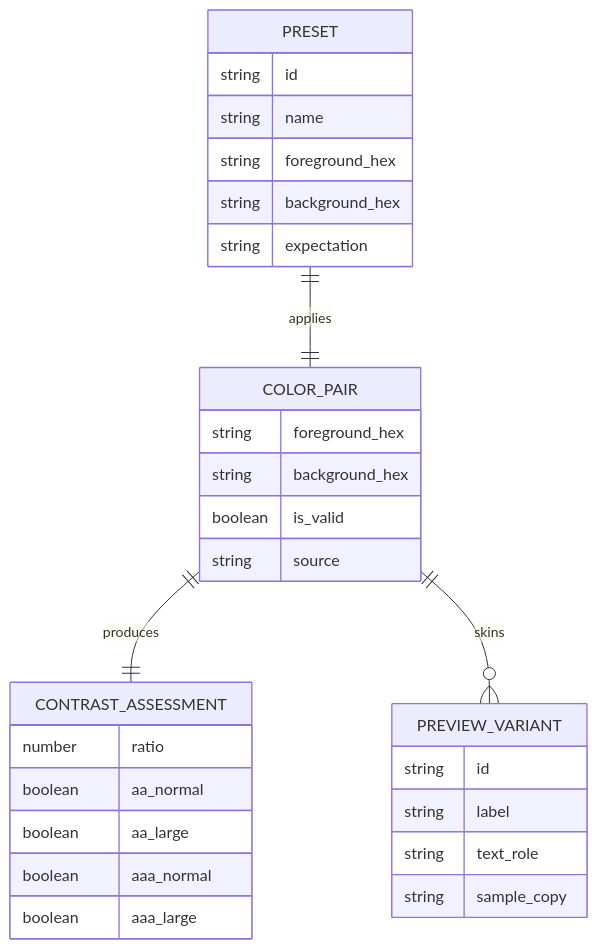
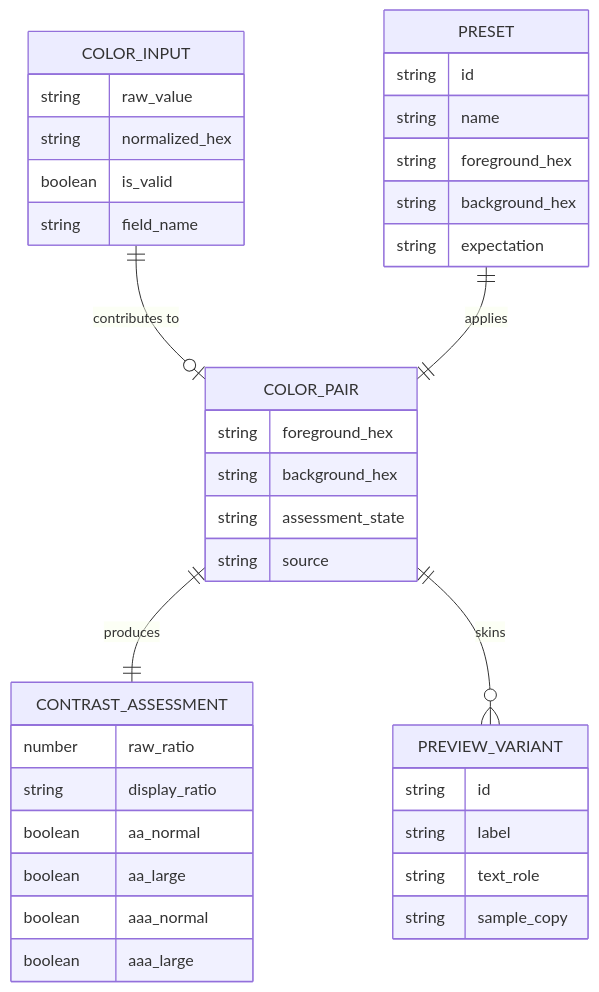
The first of 2 diagrams in docs/prd/project-prd.md (superiority-claw-agent/contrast-workbench-spark-0606), drawn with Mermaid before and after one commit. The commit also changed other lines of this file and 26 other files, not shown here.

````diff
--- a/docs/prd/project-prd.md
+++ b/docs/prd/project-prd.md
@@ -104,33 +147,41 @@
 ```mermaid
 erDiagram
+    COLOR_INPUT {
+        string raw_value
+        string normalized_hex
+        boolean is_valid
+        string field_name
+    }
     COLOR_PAIR {
         string foreground_hex
         string background_hex
-        boolean is_valid
+        string assessment_state
         string source
     }
     CONTRAST_ASSESSMENT {
-        number ratio
+        number raw_ratio
+        string display_ratio
         boolean aa_normal
         boolean aa_large
         boolean aaa_normal
         boolean aaa_large
     }
     PREVIEW_VARIANT {
         string id
         string label
         string text_role
         string sample_copy
     }
     PRESET {
         string id
         string name
         string foreground_hex
         string background_hex
         string expectation
     }
 
+    COLOR_INPUT ||--o| COLOR_PAIR : "contributes to"
     COLOR_PAIR ||--|| CONTRAST_ASSESSMENT : "produces"
     COLOR_PAIR ||--o{ PREVIEW_VARIANT : "skins"
     PRESET ||--|| COLOR_PAIR : "applies"
 ```
````
